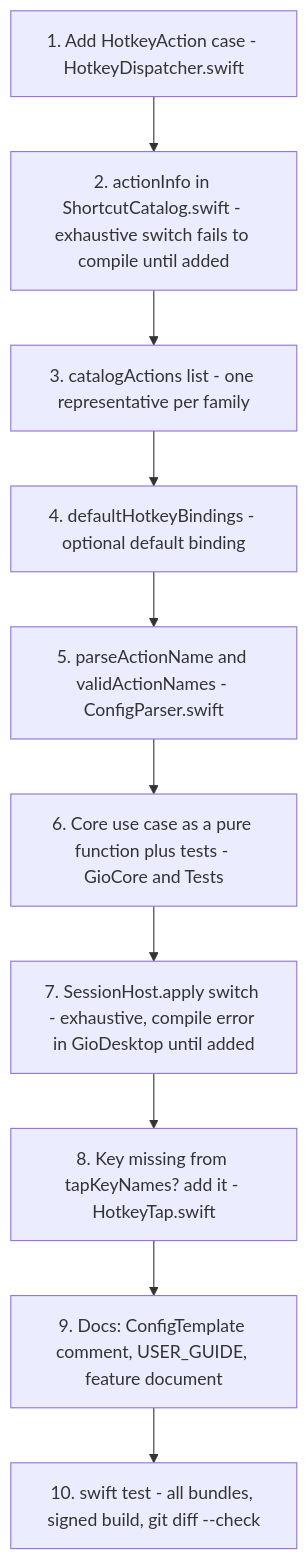
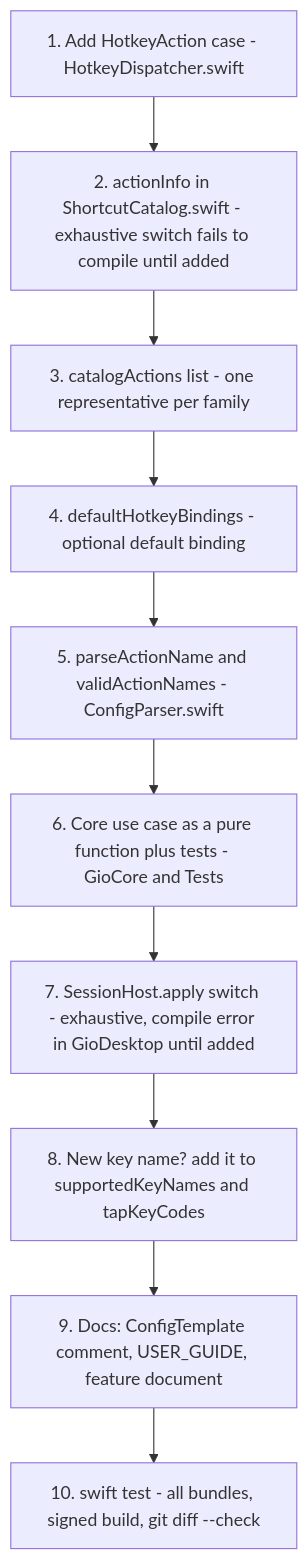
One commit to ismaelosuna7824/gio changed the diagram in docs/CONTRIBUTING.md. Above: the diagram before and after it, drawn with Mermaid. The commit also changed other lines of this file and 10 other files, not shown here.

````diff
--- a/docs/CONTRIBUTING.md
+++ b/docs/CONTRIBUTING.md
@@ -44,12 +44,12 @@
 ```mermaid
 flowchart TD
     A["1. Add HotkeyAction case - HotkeyDispatcher.swift"] --> B["2. actionInfo in ShortcutCatalog.swift - exhaustive switch fails to compile until added"]
     B --> C["3. catalogActions list - one representative per family"]
     C --> D["4. defaultHotkeyBindings - optional default binding"]
     D --> E["5. parseActionName and validActionNames - ConfigParser.swift"]
     E --> F["6. Core use case as a pure function plus tests - GioCore and Tests"]
     F --> G["7. SessionHost.apply switch - exhaustive, compile error in GioDesktop until added"]
-    G --> H["8. Key missing from tapKeyNames? add it - HotkeyTap.swift"]
+    G --> H["8. New key name? add it to supportedKeyNames and tapKeyCodes"]
     H --> I["9. Docs: ConfigTemplate comment, USER_GUIDE, feature document"]
     I --> J["10. swift test - all bundles, signed build, git diff --check"]
 ```
````
